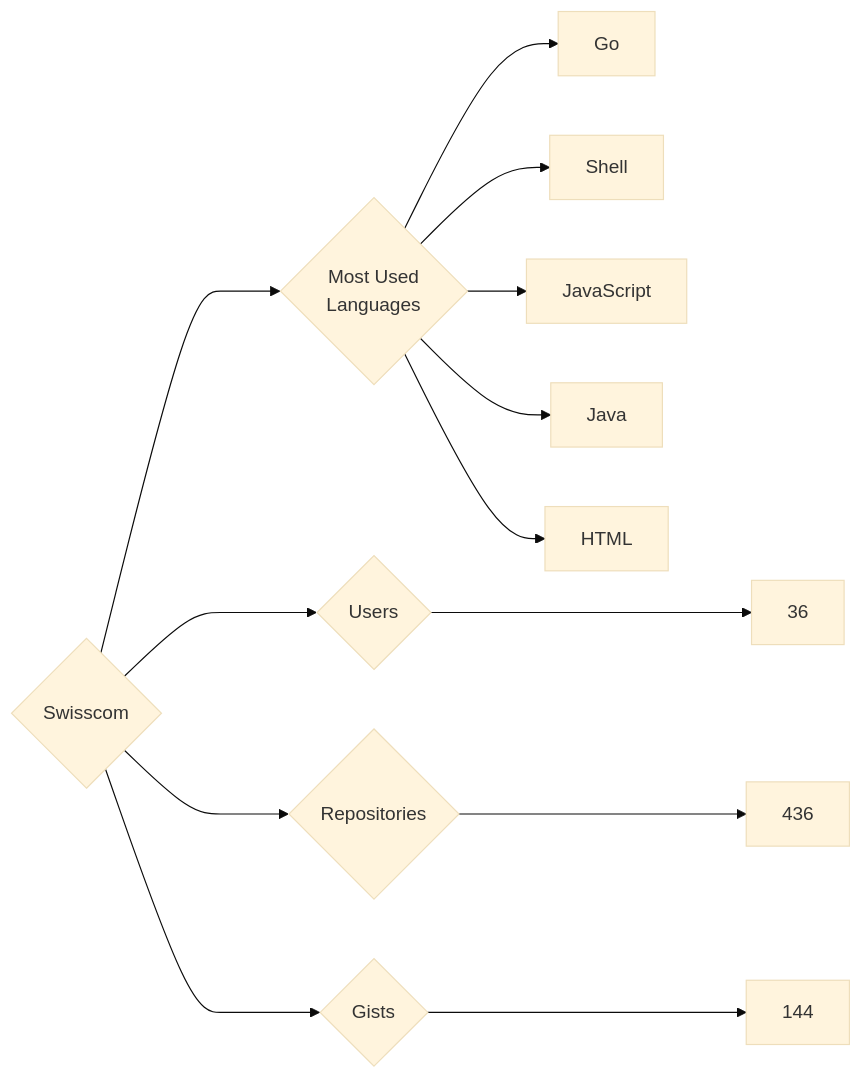
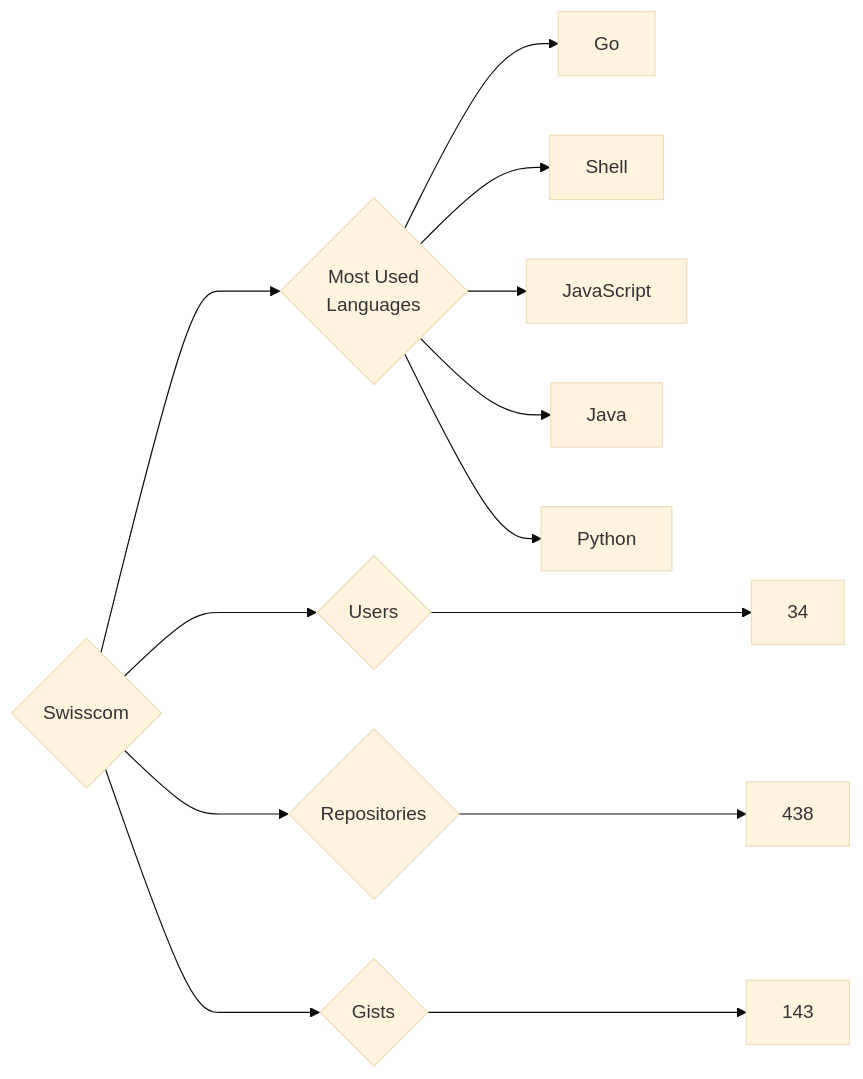
Before and after one commit to trickest/insiders: the diagram in targets/Swisscom/README.md, drawn with Mermaid (base theme). The commit also changed 860 other files, not shown here.

````diff
--- a/targets/Swisscom/README.md
+++ b/targets/Swisscom/README.md
@@ -3,13 +3,13 @@
 ```mermaid
 graph LR
 COMPANY_NAME{Swisscom}
-COMPANY_NAME ---> U{Users} ---> UN[36]
-COMPANY_NAME ---> R{Repositories} ---> RN[436]
-COMPANY_NAME ---> G{Gists} ---> GN[144]
+COMPANY_NAME ---> U{Users} ---> UN[34]
+COMPANY_NAME ---> R{Repositories} ---> RN[438]
+COMPANY_NAME ---> G{Gists} ---> GN[143]
 COMPANY_NAME ---> ML{Most Used<br>Languages}
 ML --> Go[Go]
 ML --> Shell[Shell]
 ML --> JavaScript[JavaScript]
 ML --> Java[Java]
-ML --> HTML[HTML]
+ML --> Python[Python]
 ```
````
